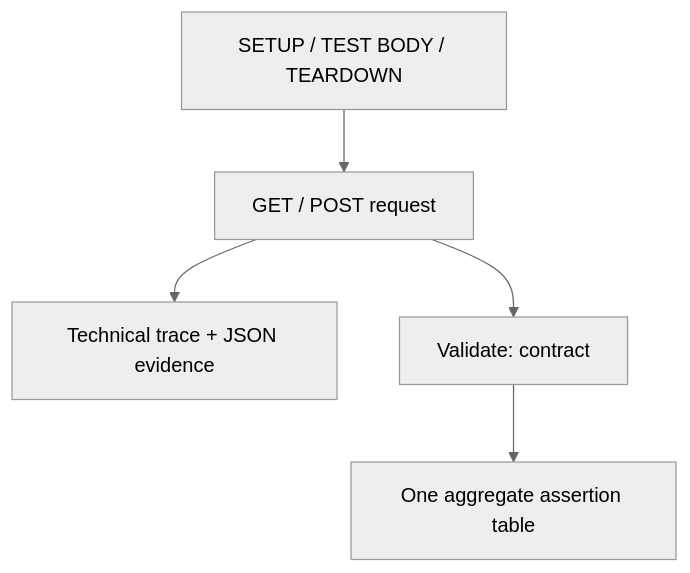
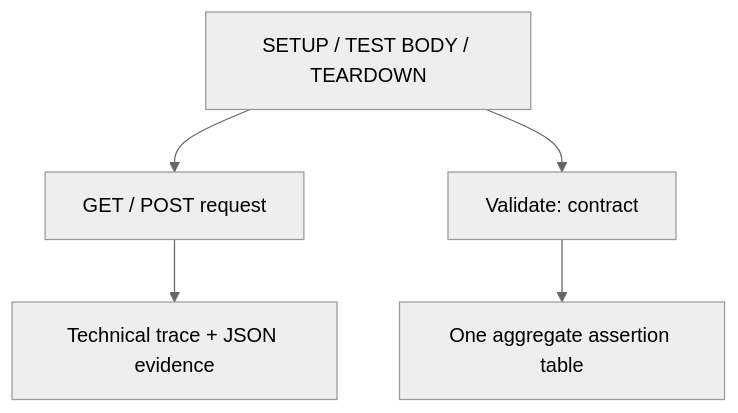
The fourth of 8 diagrams in README.md (crististefanita/CS1), drawn with Mermaid (neutral theme) before and after one commit. The commit also changed other lines of this file and 128 other files, not shown here.

Commit message:
Refactor ATF reporting and expand test architecture

````diff
--- a/README.md
+++ b/README.md
@@ -151,8 +148,8 @@
 ```mermaid
 flowchart TD
     Phase[SETUP / TEST BODY / TEARDOWN]
     Phase --> Request[GET / POST request]
+    Phase --> V1[Validate: contract]
     Request --> Trace[Technical trace + JSON evidence]
-    Request --> V1[Validate: contract]
     V1 --> T1[One aggregate assertion table]
 ```
````
